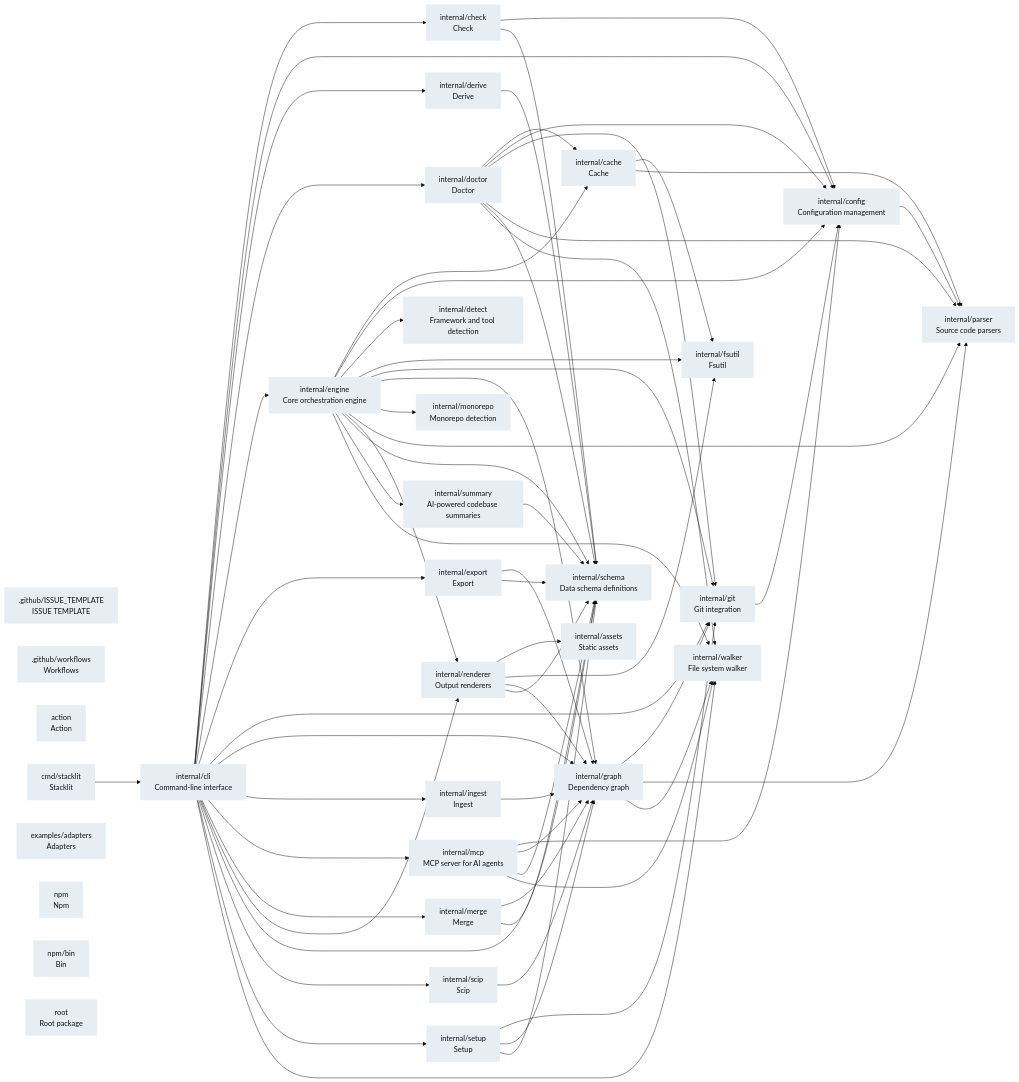
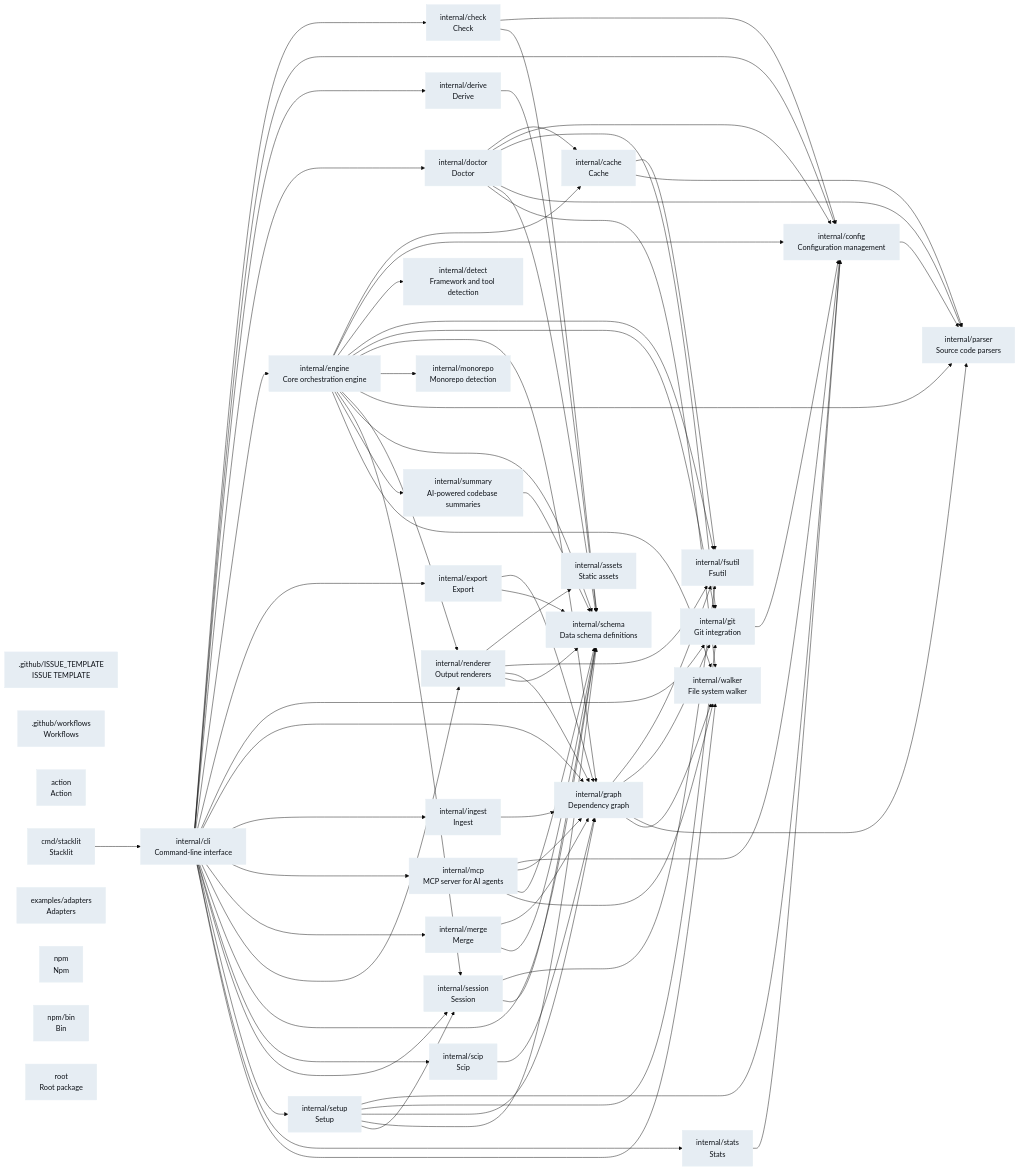
One commit to glincker/stacklit changed the diagram in docs/DEPENDENCIES.md. Above: the diagram before and after it, drawn with Mermaid (base theme). The commit also changed 1 other file, not shown here.

Commit message:
chore: update stacklit index

````diff
--- a/docs/DEPENDENCIES.md
+++ b/docs/DEPENDENCIES.md
@@ -45,7 +45,9 @@
   internal_renderer["internal/renderer<br/>Output renderers"]:::go
   internal_schema["internal/schema<br/>Data schema definitions"]:::go
   internal_scip["internal/scip<br/>Scip"]:::go
+  internal_session["internal/session<br/>Session"]:::go
   internal_setup["internal/setup<br/>Setup"]:::go
+  internal_stats["internal/stats<br/>Stats"]:::go
   internal_summary["internal/summary<br/>AI-powered codebase summaries"]:::go
   internal_walker["internal/walker<br/>File system walker"]:::go
   npm["npm<br/>Npm"]:::go
@@ -70,7 +72,9 @@
   internal_cli --> internal_renderer
   internal_cli --> internal_schema
   internal_cli --> internal_scip
+  internal_cli --> internal_session
   internal_cli --> internal_setup
+  internal_cli --> internal_stats
   internal_cli --> internal_walker
   internal_config --> internal_parser
   internal_derive --> internal_schema
@@ -90,11 +94,13 @@
   internal_engine --> internal_parser
   internal_engine --> internal_renderer
   internal_engine --> internal_schema
+  internal_engine --> internal_session
   internal_engine --> internal_summary
   internal_engine --> internal_walker
   internal_export --> internal_graph
   internal_export --> internal_schema
   internal_git --> internal_config
+  internal_graph --> internal_fsutil
   internal_graph --> internal_git
   internal_graph --> internal_parser
   internal_graph --> internal_walker
@@ -110,8 +116,13 @@
   internal_renderer --> internal_graph
   internal_renderer --> internal_schema
   internal_scip --> internal_graph
+  internal_session --> internal_fsutil
+  internal_session --> internal_schema
+  internal_setup --> internal_config
   internal_setup --> internal_git
   internal_setup --> internal_graph
   internal_setup --> internal_schema
+  internal_setup --> internal_session
+  internal_stats --> internal_config
   internal_summary --> internal_schema
 ```
````
